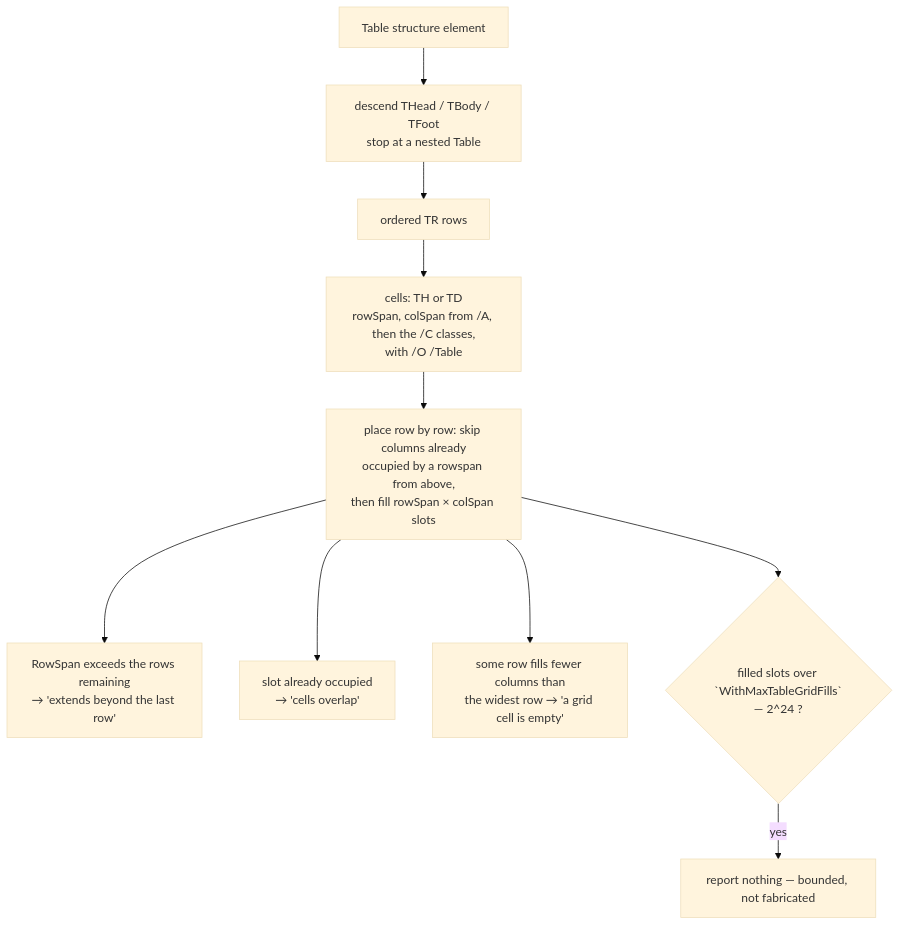
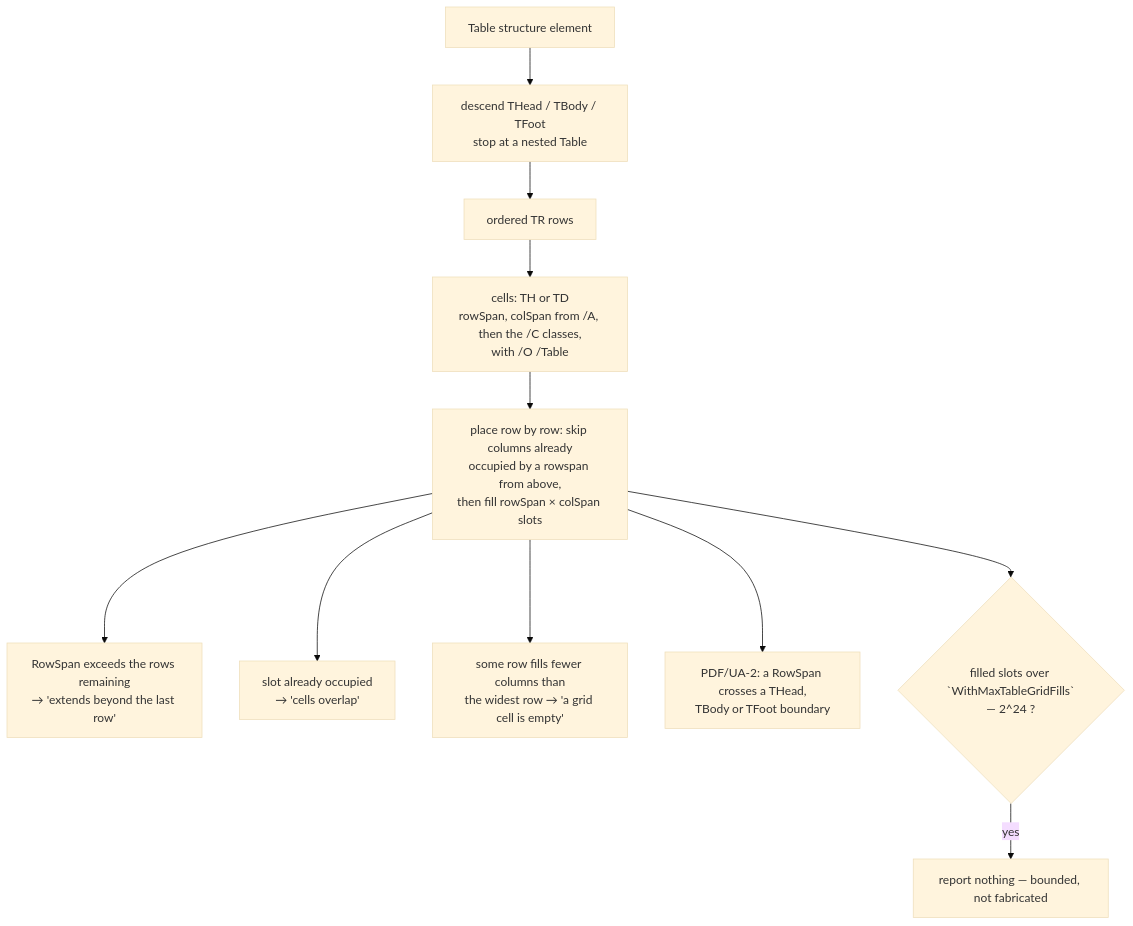
One commit to mgilbir/pdf0 changed the second of 2 diagrams in docs/pdfua.md. Above: the diagram before and after it, drawn with Mermaid (base theme). The commit also changed other lines of this file and 3 other files, not shown here.

First line of the commit message:
pdfua: a RowSpan across a row group at PDF/UA-2; the last two untested rules

````diff
--- a/docs/pdfua.md
+++ b/docs/pdfua.md
@@ -276,12 +279,13 @@
 ```mermaid
 flowchart TD
     T["Table structure element"] --> RG["descend THead / TBody / TFoot<br/>stop at a nested Table"]
     RG --> R["ordered TR rows"]
     R --> C["cells: TH or TD<br/>rowSpan, colSpan from /A, then the /C classes,<br/>with /O /Table"]
     C --> P["place row by row: skip columns already<br/>occupied by a rowspan from above,<br/>then fill rowSpan × colSpan slots"]
     P --> D1["RowSpan exceeds the rows remaining<br/>→ 'extends beyond the last row'"]
     P --> D2["slot already occupied<br/>→ 'cells overlap'"]
     P --> D3["some row fills fewer columns than<br/>the widest row → 'a grid cell is empty'"]
+    P --> D4["PDF/UA-2: a RowSpan crosses a THead,<br/>TBody or TFoot boundary"]
     P --> BUD{"filled slots over `WithMaxTableGridFills`<br/>— 2^24 ?"}
     BUD -->|yes| STOP["report nothing — bounded, not fabricated"]
 ```
````
